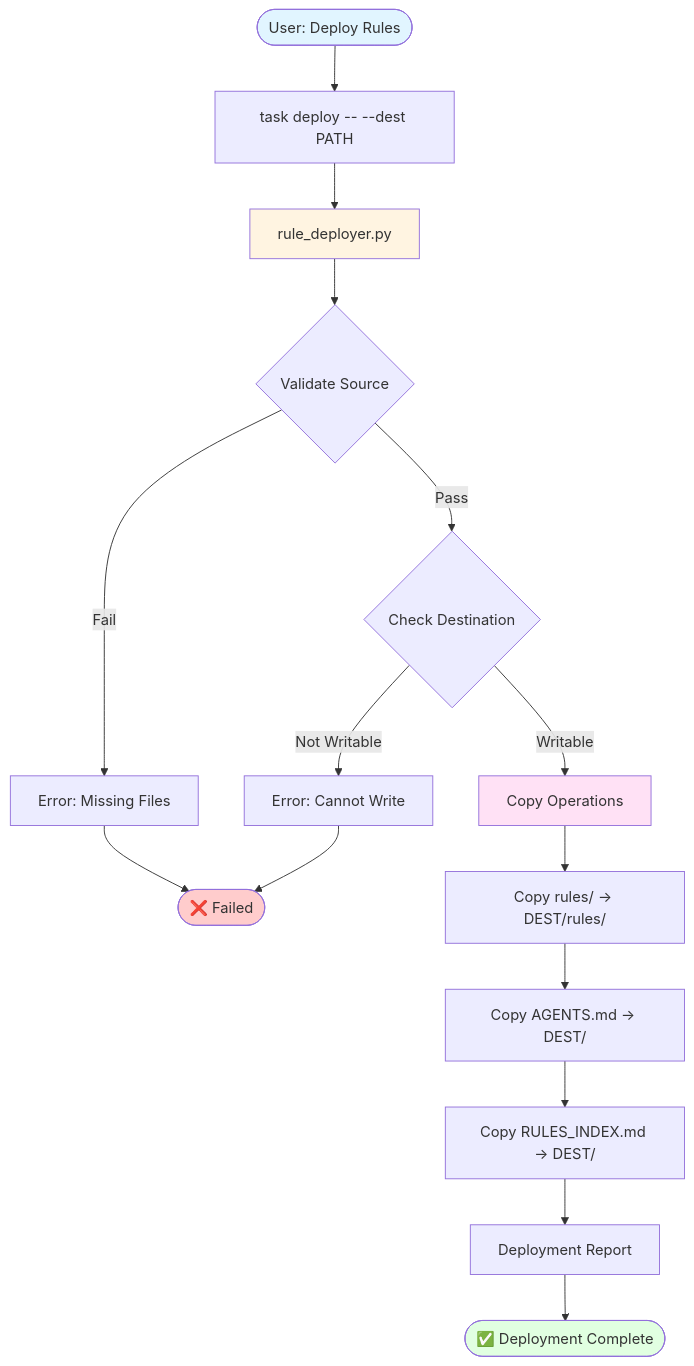
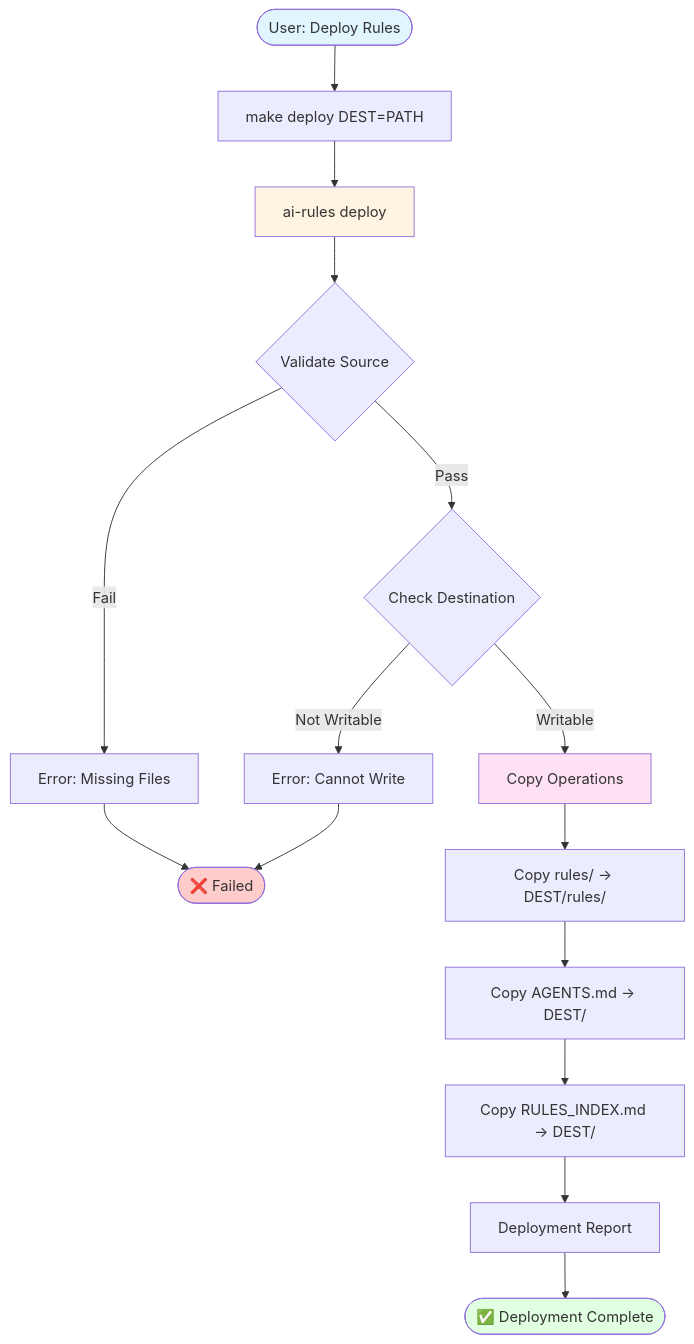
The second of 3 diagrams in docs/ARCHITECTURE.md (sfc-gh-myoung/ai_coding_rules), drawn with Mermaid before and after one commit. The commit also changed other lines of this file and 150 other files, not shown here.

````diff
--- a/docs/ARCHITECTURE.md
+++ b/docs/ARCHITECTURE.md
@@ -1627,24 +1663,24 @@
 ```mermaid
 flowchart TD
     Start([User: Deploy Rules]) --> Command
-    Command[task deploy -- --dest PATH] --> Deployer
-    Deployer[rule_deployer.py] --> Validate{Validate Source}
+    Command[make deploy DEST=PATH] --> Deployer
+    Deployer[ai-rules deploy] --> Validate{Validate Source}
     Validate -->|Fail| Error[Error: Missing Files]
     Validate -->|Pass| CheckDest{Check Destination}
     CheckDest -->|Not Writable| Error2[Error: Cannot Write]
     CheckDest -->|Writable| Copy
     Copy[Copy Operations] --> CopyRules[Copy rules/ → DEST/rules/]
     CopyRules --> CopyAgents[Copy AGENTS.md → DEST/]
     CopyAgents --> CopyIndex[Copy RULES_INDEX.md → DEST/]
     CopyIndex --> Report[Deployment Report]
     Report --> Success([✅ Deployment Complete])
     
     Error --> End([❌ Failed])
     Error2 --> End
     
     style Start fill:#e1f5ff
     style Deployer fill:#fff4e1
     style Copy fill:#ffe1f5
     style Success fill:#e1ffe1
     style End fill:#ffcccc
 ```
````
